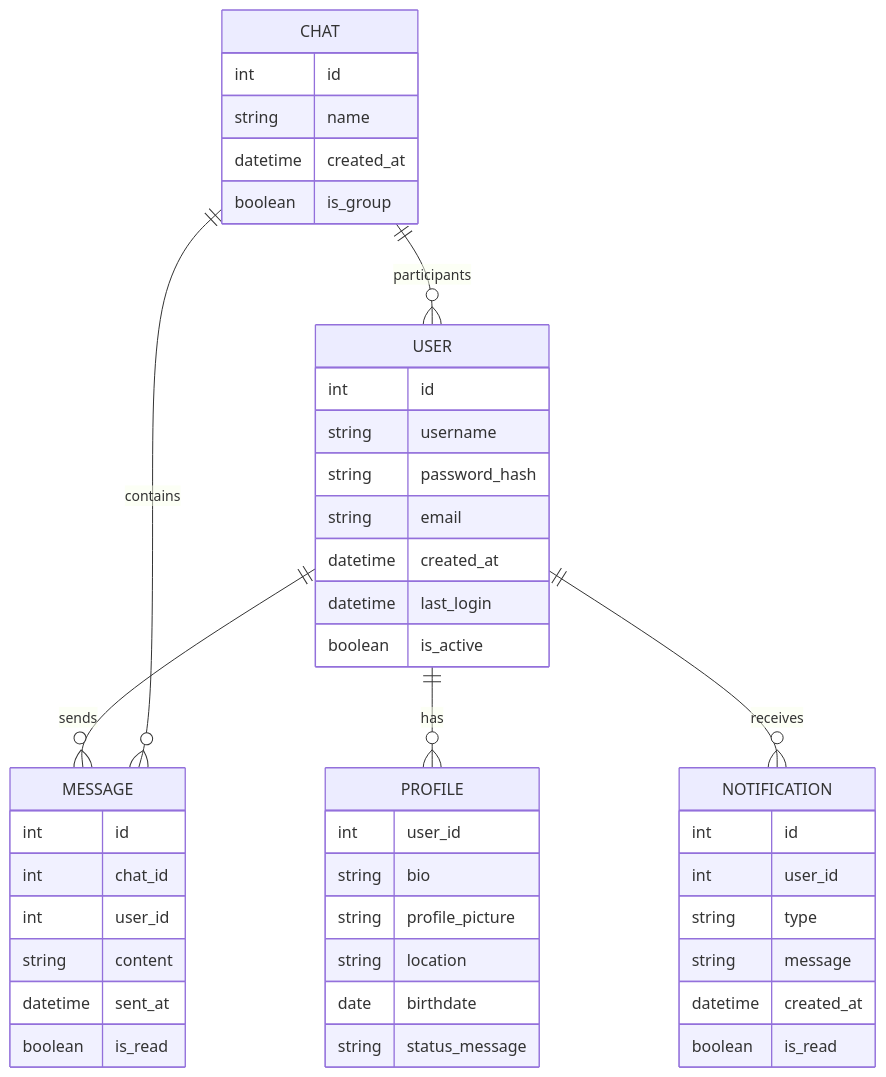
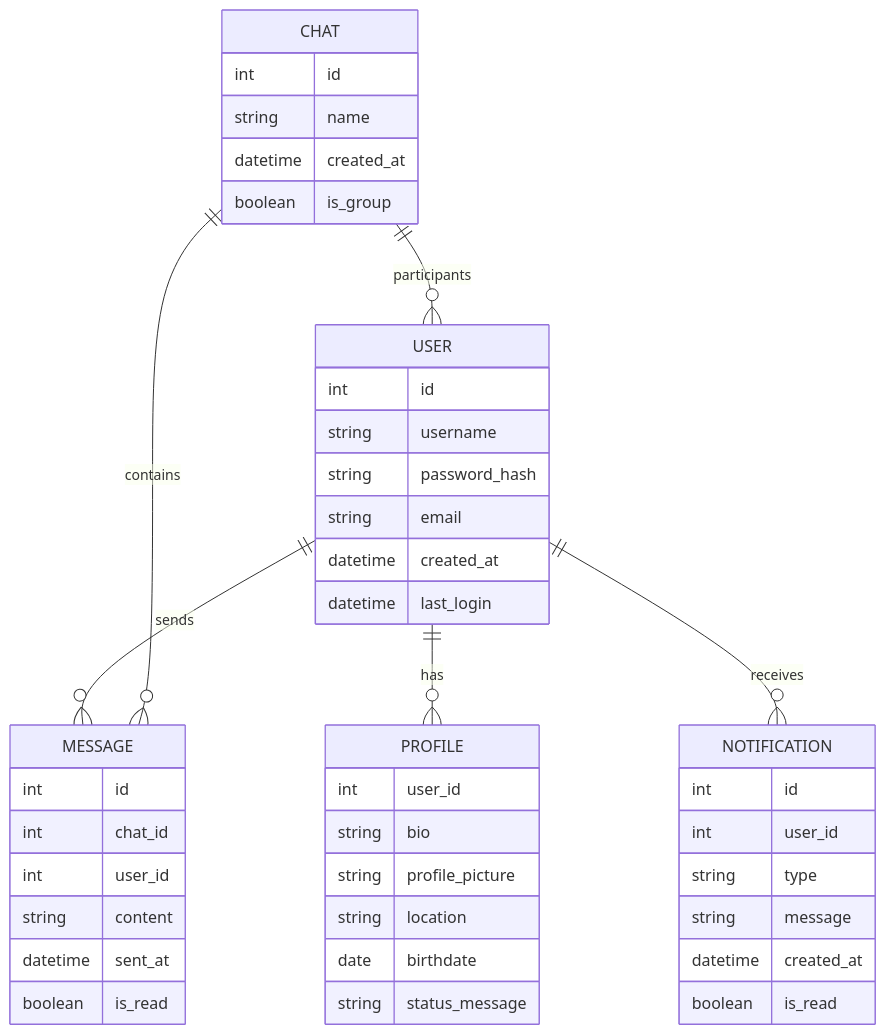
One commit to saltnepperson/FamChat changed the diagram in README.md. Above: the diagram before and after it, drawn with Mermaid. The commit also changed 8 other files, not shown here.

````diff
--- a/README.md
+++ b/README.md
@@ -12,48 +12,47 @@
 ```mermaid
 erDiagram
     USER {
         int id
         string username
         string password_hash
         string email
         datetime created_at
         datetime last_login
-        boolean is_active
     }
     PROFILE {
         int user_id
         string bio
         string profile_picture
         string location
         date birthdate
         string status_message
     }
     CHAT {
         int id
         string name
         datetime created_at
         boolean is_group
     }
     MESSAGE {
         int id
         int chat_id
         int user_id
         string content
         datetime sent_at
         boolean is_read
     }
     NOTIFICATION {
         int id
         int user_id
         string type
         string message
         datetime created_at
         boolean is_read
     }
     
     USER ||--o{ PROFILE : has
     USER ||--o{ MESSAGE : sends
     USER ||--o{ NOTIFICATION : receives
     CHAT ||--o{ MESSAGE : contains
     CHAT ||--o{ USER : participants
 ```
````
